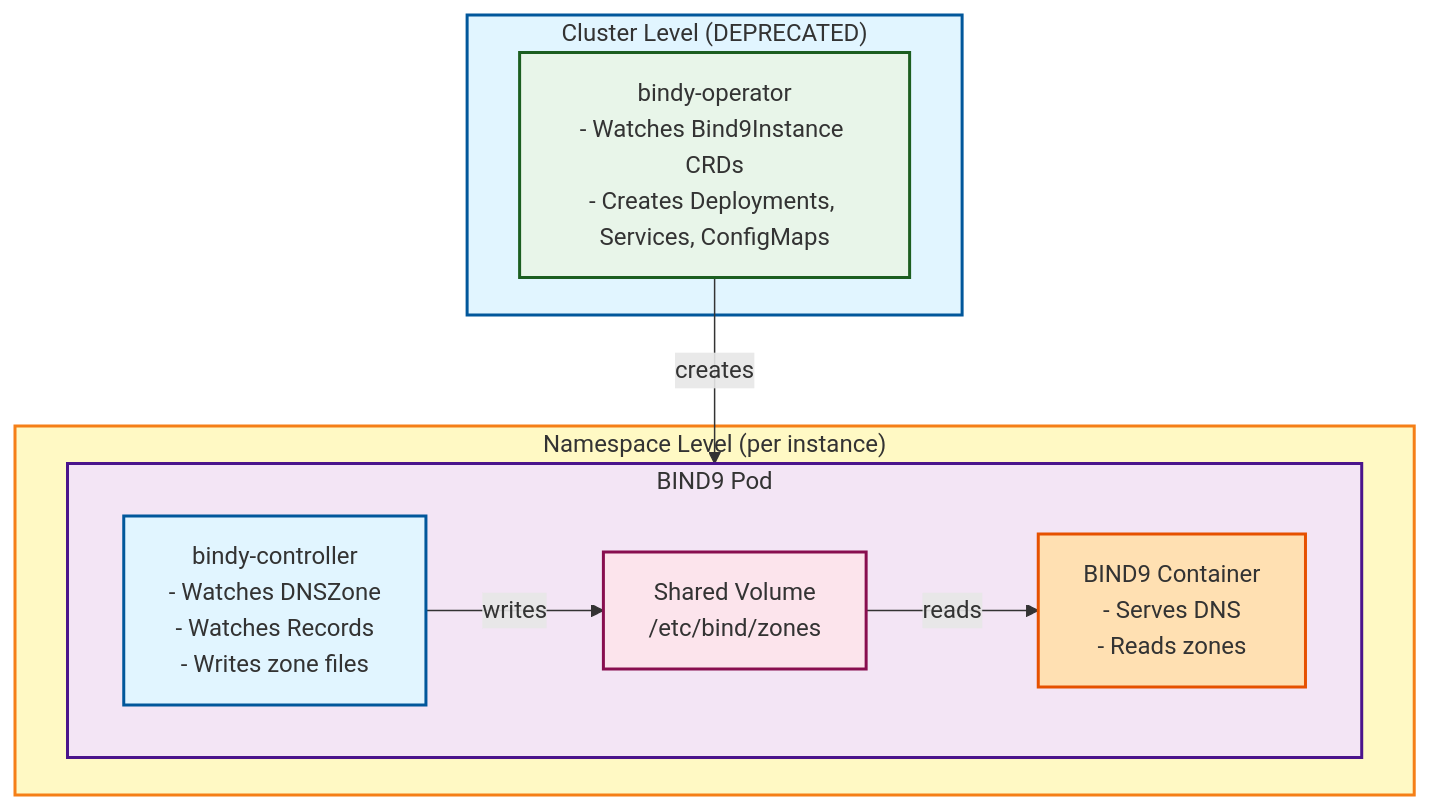
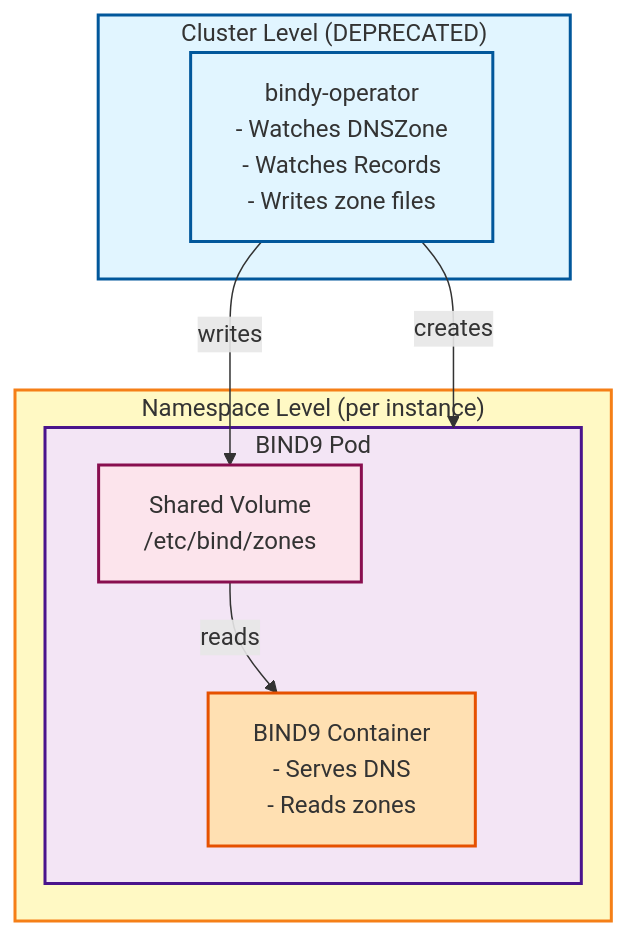
The diagram in docs/src/development/architecture.md (firestoned/bindy), drawn with Mermaid before and after one commit. The commit also changed other lines of this file and 150 other files, not shown here.

Commit message:
Change the occurences from controller to operator (#83)

````diff
--- a/docs/src/development/architecture.md
+++ b/docs/src/development/architecture.md
@@ -57,27 +57,27 @@
 ```mermaid
 graph TB
     subgraph cluster["Cluster Level (DEPRECATED)"]
         operator["bindy-operator<br/>- Watches Bind9Instance CRDs<br/>- Creates Deployments, Services, ConfigMaps"]
     end
 
     subgraph namespace["Namespace Level (per instance)"]
         subgraph pod["BIND9 Pod"]
             bind9["BIND9 Container<br/>- Serves DNS<br/>- Reads zones"]
-            controller["bindy-controller<br/>- Watches DNSZone<br/>- Watches Records<br/>- Writes zone files"]
+            operator["bindy-operator<br/>- Watches DNSZone<br/>- Watches Records<br/>- Writes zone files"]
             volume["Shared Volume<br/>/etc/bind/zones"]
 
-            controller -->|writes| volume
+            operator -->|writes| volume
             volume -->|reads| bind9
         end
     end
 
     operator -->|creates| pod
 
     style cluster fill:#e1f5ff,stroke:#01579b,stroke-width:2px
     style namespace fill:#fff9c4,stroke:#f57f17,stroke-width:2px
     style pod fill:#f3e5f5,stroke:#4a148c,stroke-width:2px
     style operator fill:#e8f5e9,stroke:#1b5e20,stroke-width:2px
     style bind9 fill:#ffe0b2,stroke:#e65100,stroke-width:2px
-    style controller fill:#e1f5ff,stroke:#01579b,stroke-width:2px
+    style operator fill:#e1f5ff,stroke:#01579b,stroke-width:2px
     style volume fill:#fce4ec,stroke:#880e4f,stroke-width:2px
 ```
````
